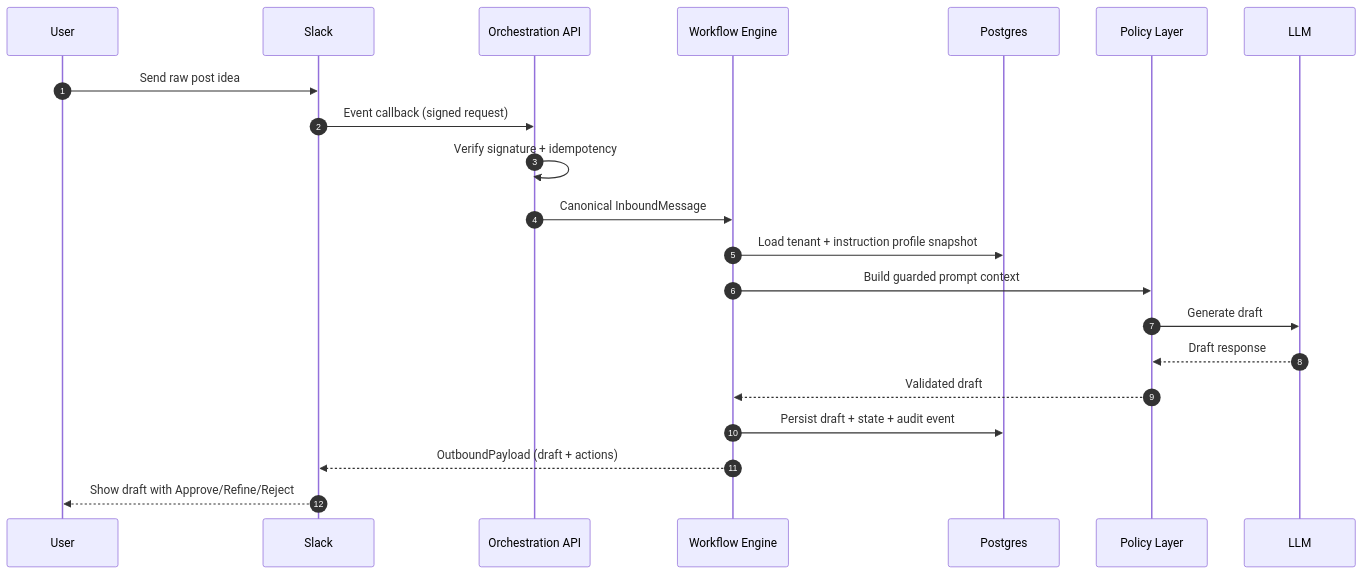
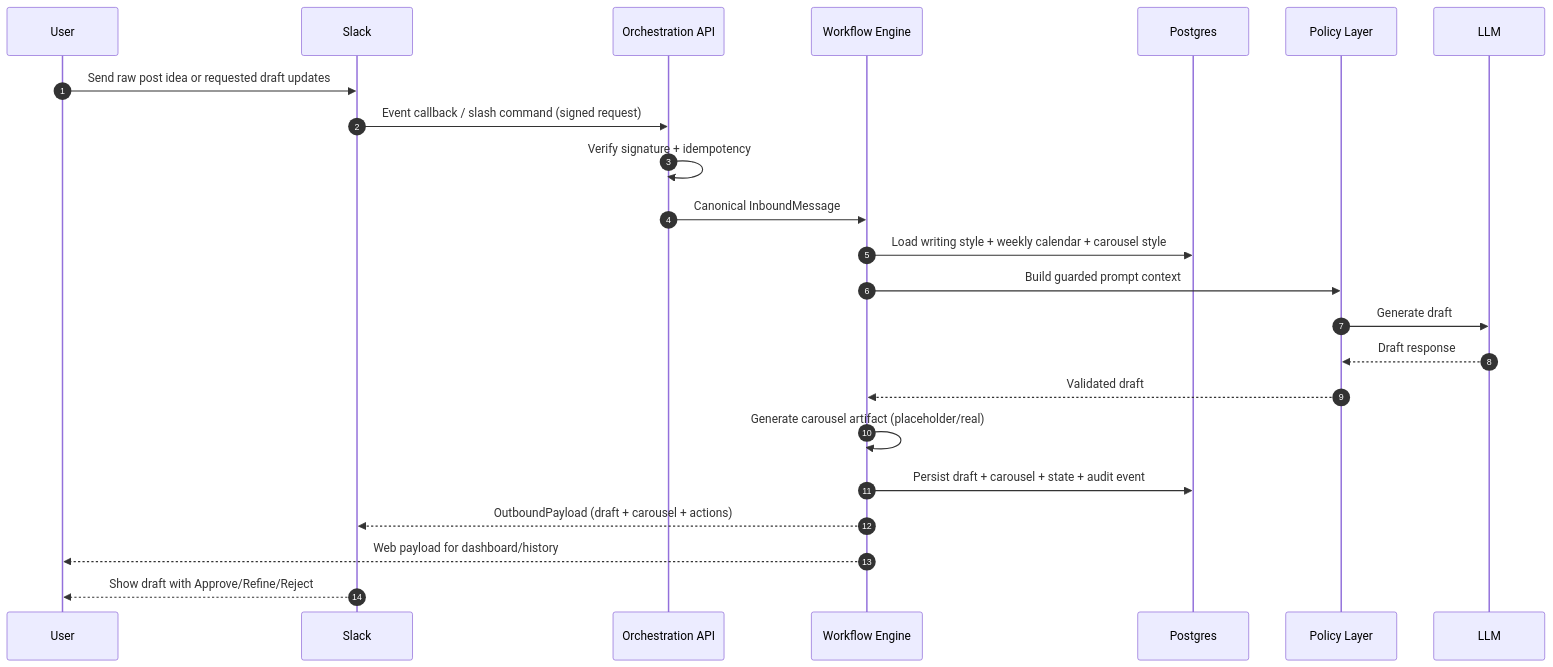
One commit to abhishekkapoorx/virality changed the third of 5 diagrams in Documentation/ARCHITECTURE.md. Above: the diagram before and after it, drawn with Mermaid. The commit also changed other lines of this file and 22 other files, not shown here.

````diff
--- a/Documentation/ARCHITECTURE.md
+++ b/Documentation/ARCHITECTURE.md
@@ -100,24 +103,26 @@
 ```mermaid
 sequenceDiagram
   autonumber
   participant U as User
   participant S as Slack
   participant A as Orchestration API
   participant E as Workflow Engine
   participant DB as Postgres
   participant P as Policy Layer
   participant L as LLM
 
-  U->>S: Send raw post idea
-  S->>A: Event callback (signed request)
+  U->>S: Send raw post idea or requested draft updates
+  S->>A: Event callback / slash command (signed request)
   A->>A: Verify signature + idempotency
   A->>E: Canonical InboundMessage
-  E->>DB: Load tenant + instruction profile snapshot
+  E->>DB: Load writing style + weekly calendar + carousel style
   E->>P: Build guarded prompt context
   P->>L: Generate draft
   L-->>P: Draft response
   P-->>E: Validated draft
-  E->>DB: Persist draft + state + audit event
-  E-->>S: OutboundPayload (draft + actions)
+  E->>E: Generate carousel artifact (placeholder/real)
+  E->>DB: Persist draft + carousel + state + audit event
+  E-->>S: OutboundPayload (draft + carousel + actions)
+  E-->>U: Web payload for dashboard/history
   S-->>U: Show draft with Approve/Refine/Reject
 ```
````
